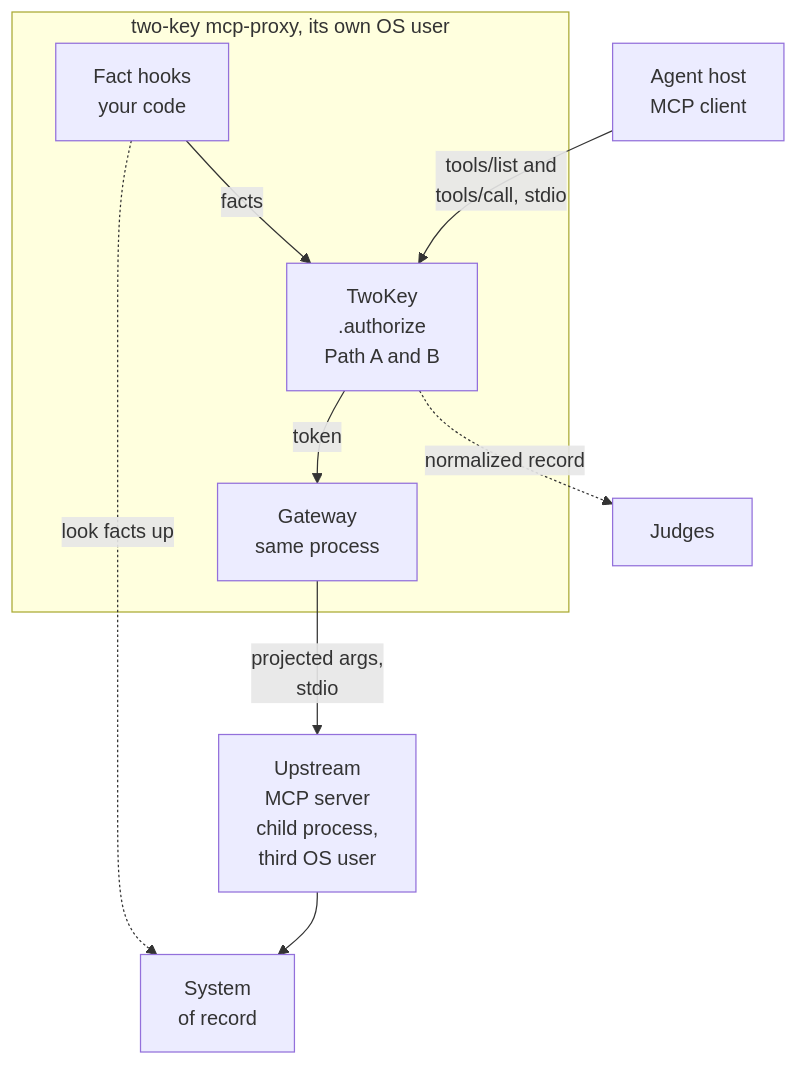
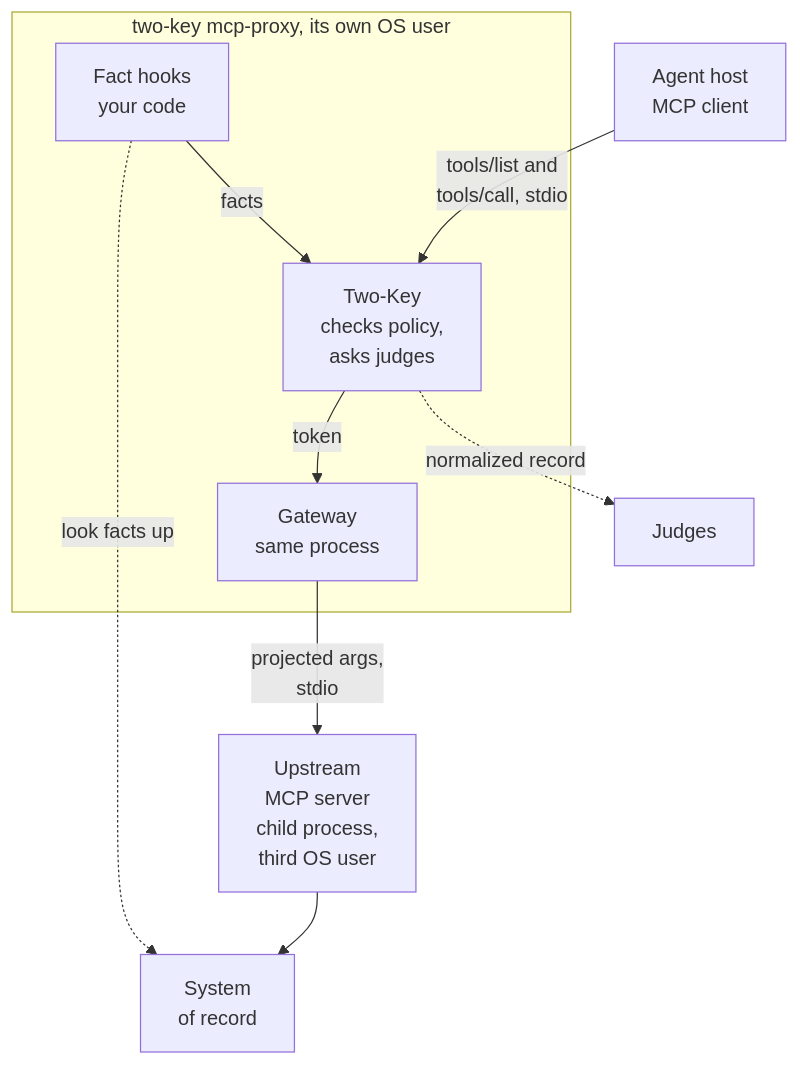
One commit to Insomniac-VibeLabs/two-key changed the first of 4 diagrams in README.md. Above: the diagram before and after it, drawn with Mermaid. The commit also changed 2 other files, not shown here.

Commit message:
README, HOWTO: MCP proxy diagram names the decision step in plain words
Claude-Session: https://claude.ai/code/session_011biw9Ed3iKUR9daCby2BvB

````diff
--- a/README.md
+++ b/README.md
@@ -143,12 +143,12 @@
 ```mermaid
 flowchart TD
   host["Agent host<br/>MCP client"] -- "tools/list and<br/>tools/call, stdio" --> tk
   subgraph proxy["two-key mcp-proxy, its own OS user"]
-    hooks["Fact hooks<br/>your code"] -- "facts" --> tk["TwoKey<br/>.authorize<br/>Path A and B"]
+    hooks["Fact hooks<br/>your code"] -- "facts" --> tk["Two-Key<br/>checks policy,<br/>asks judges"]
     tk -- "token" --> gw["Gateway<br/>same process"]
   end
   tk -. "normalized record" .-> judges["Judges"]
   gw -- "projected args,<br/>stdio" --> up["Upstream<br/>MCP server<br/>child process,<br/>third OS user"]
   up --> sor["System<br/>of record"]
   hooks -. "look facts up" .-> sor
 ```
````
